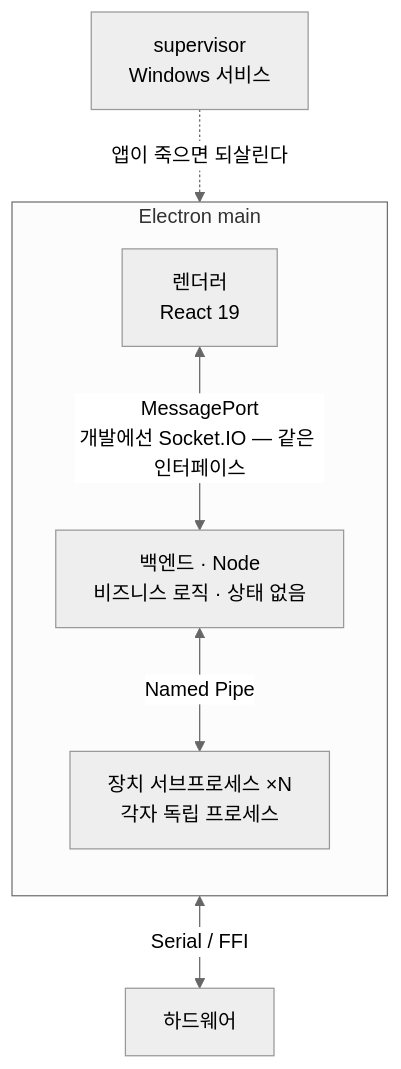
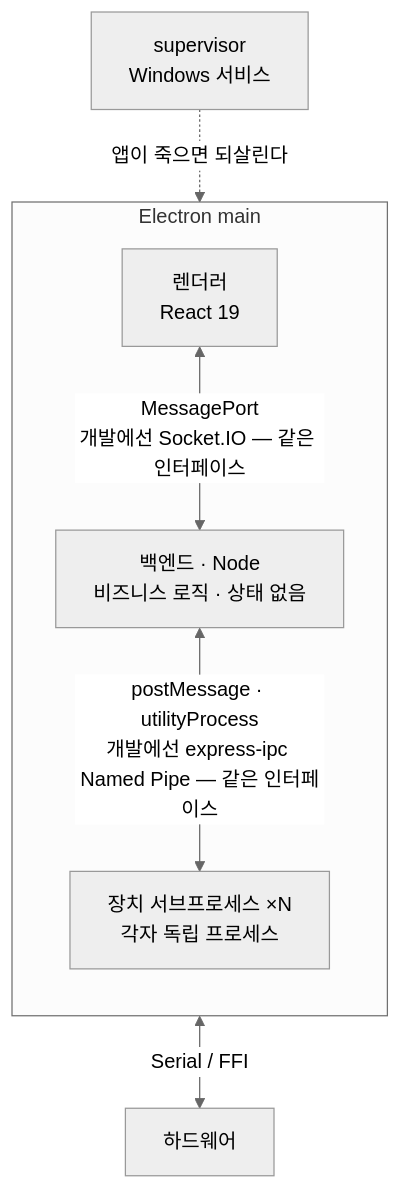
Before and after one commit to EmigrationGyu/kiosk-platform: the first of 3 diagrams in ARCHITECTURE.md, drawn with Mermaid (neutral theme). The commit also changed 1 other file, not shown here.

Commit message:
fix(docs): 백엔드↔장치 전송을 프로덕션 기준으로 바로잡음
토폴로지 도식이 Named Pipe 하나만 적고 있었는데, 그건 개발 구현이다.
프로덕션은 utilityProcess postMessage 다.

  개발    hardwareTransport/impl/express-ipc.ts  ↔ IPCServer/impl/express-ipc.ts
  프로덕션 hardwareTransport/impl/postMessage.ts  ↔ IPCServer/impl/electron.ts

§3.1 이음새 표에는 `@ipc/Router | express-ipc ↔ Electron utilityProcess` 로
맞게 적혀 있었다. 그림만 한쪽을 지우고 있었던 것이라, 렌더러↔백엔드 줄과
같은 형식으로 둘 다 드러내도록 고쳤다. CLAUDE.md 의 같은 도식도 함께.

````diff
--- a/ARCHITECTURE.md
+++ b/ARCHITECTURE.md
@@ -35,16 +35,16 @@
 ```mermaid
 flowchart TB
   subgraph APP["Electron main"]
     direction TB
     R["렌더러<br/>React 19"]
     B["백엔드 · Node<br/>비즈니스 로직 · 상태 없음"]
     D["장치 서브프로세스 ×N<br/>각자 독립 프로세스"]
   end
   HW["하드웨어"]
   SV["supervisor<br/>Windows 서비스"]
 
   R <-->|"MessagePort<br/>개발에선 Socket.IO — 같은 인터페이스"| B
-  B <-->|"Named Pipe"| D
+  B <-->|"postMessage · utilityProcess<br/>개발에선 express-ipc Named Pipe — 같은 인터페이스"| D
   D <-->|"Serial / FFI"| HW
   SV -.->|"앱이 죽으면 되살린다"| APP
 ```
````
